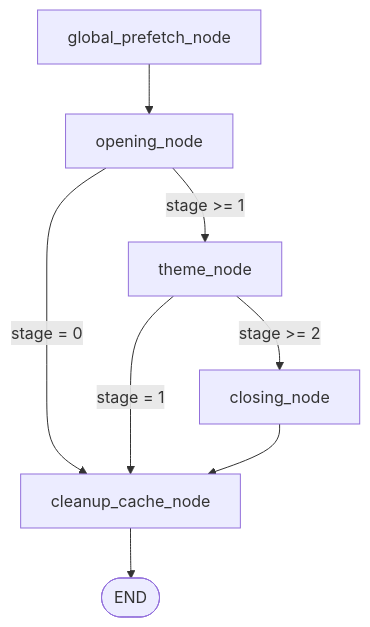
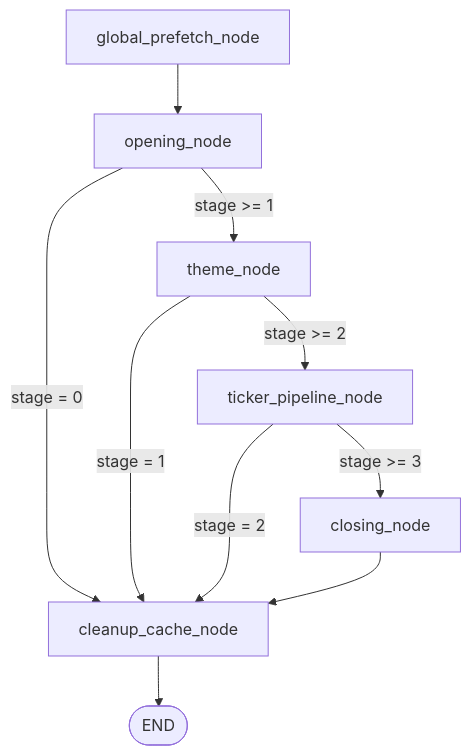
The first of 2 diagrams in ORCHESTRATOR.md (junseok0913/25fw-kubig-mas), drawn with Mermaid before and after one commit. The commit also changed other lines of this file and 129 other files, not shown here.

````diff
--- a/ORCHESTRATOR.md
+++ b/ORCHESTRATOR.md
@@ -42,12 +45,14 @@
 ```mermaid
 flowchart TD
   GP["global_prefetch_node"] --> O["opening_node"]
   O -->|"stage >= 1"| T["theme_node"]
-  T -->|"stage >= 2"| C["closing_node"]
+  T -->|"stage >= 2"| K["ticker_pipeline_node"]
+  K -->|"stage >= 3"| C["closing_node"]
 
   O -->|"stage = 0"| CC["cleanup_cache_node"]
   T -->|"stage = 1"| CC
+  K -->|"stage = 2"| CC
   C --> CC
 
   CC --> E(["END"])
 ```
````
